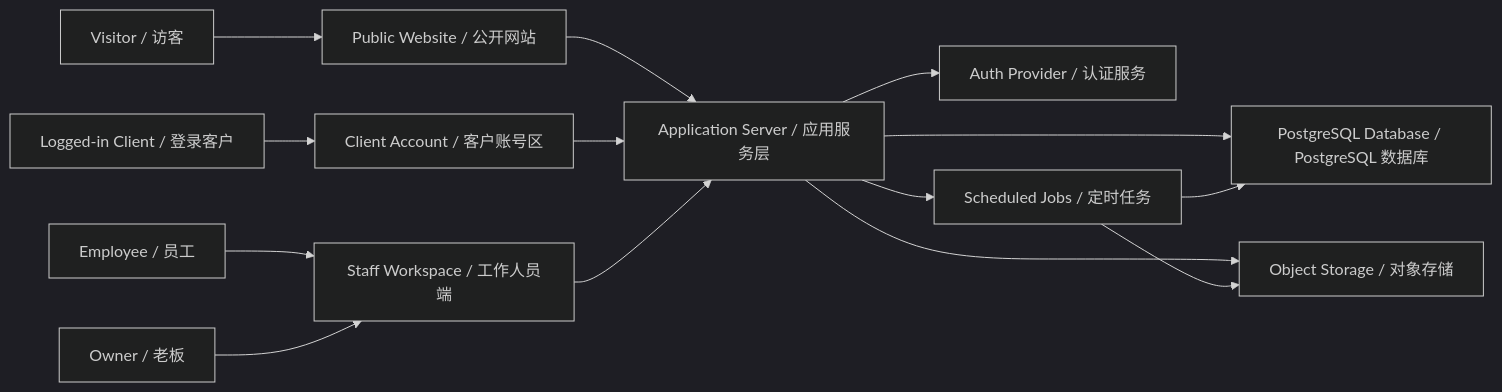
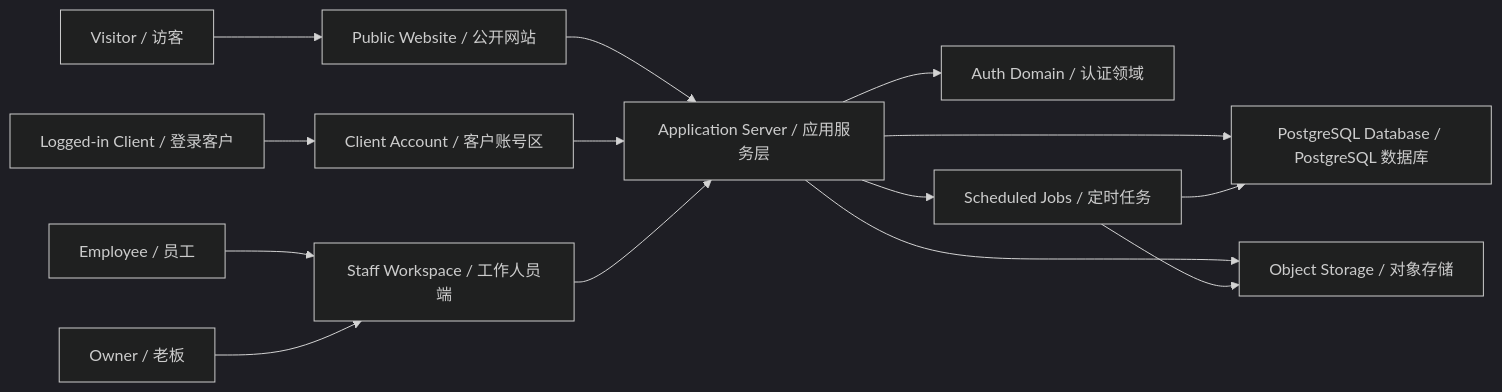
One commit to Vic5C7/daria-studio-showcase changed the first of 2 diagrams in wiki/architecture/technical-architecture-draft.md. Above: the diagram before and after it, drawn with Mermaid (dark theme). The commit also changed other lines of this file and 5 other files, not shown here.

````diff
--- a/wiki/architecture/technical-architecture-draft.md
+++ b/wiki/architecture/technical-architecture-draft.md
@@ -91,19 +91,19 @@
 ```mermaid
 flowchart LR
     Visitor["Visitor / 访客"] --> PublicSite["Public Website / 公开网站"]
     Client["Logged-in Client / 登录客户"] --> ClientAccount["Client Account / 客户账号区"]
     Employee["Employee / 员工"] --> StaffWorkspace["Staff Workspace / 工作人员端"]
     Owner["Owner / 老板"] --> StaffWorkspace
 
     PublicSite --> AppServer["Application Server / 应用服务层"]
     ClientAccount --> AppServer
     StaffWorkspace --> AppServer
 
-    AppServer --> Auth["Auth Provider / 认证服务"]
+    AppServer --> Auth["Auth Domain / 认证领域"]
     AppServer --> Database["PostgreSQL Database / PostgreSQL 数据库"]
     AppServer --> Storage["Object Storage / 对象存储"]
     AppServer --> Jobs["Scheduled Jobs / 定时任务"]
 
     Jobs --> Database
     Jobs --> Storage
 ```
````
